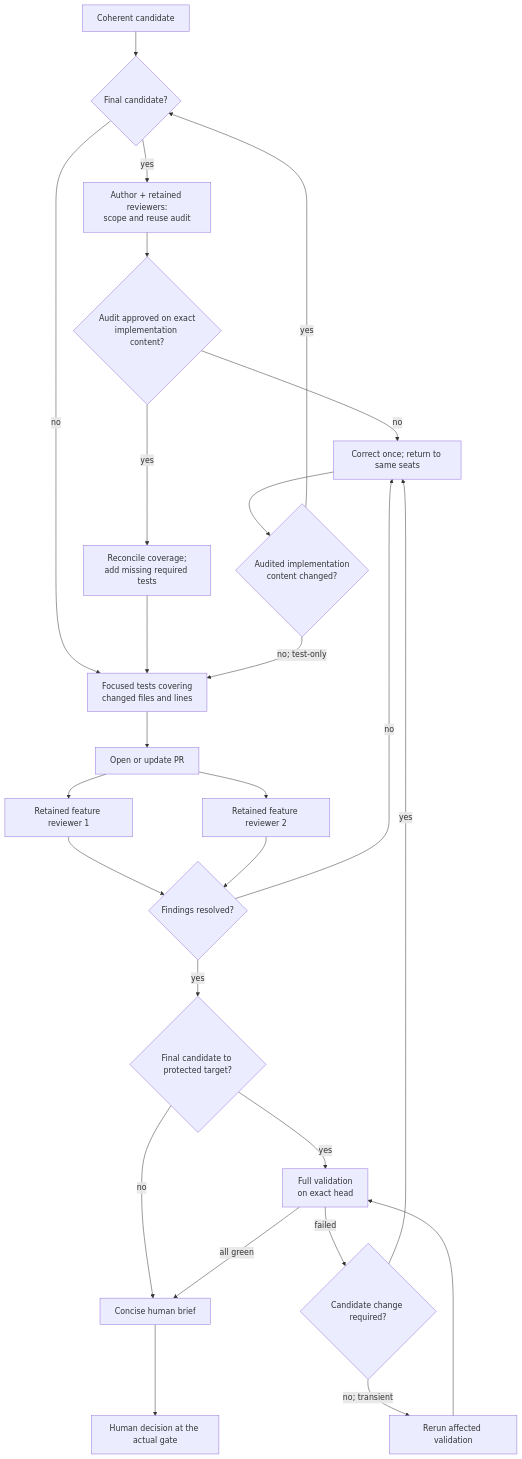
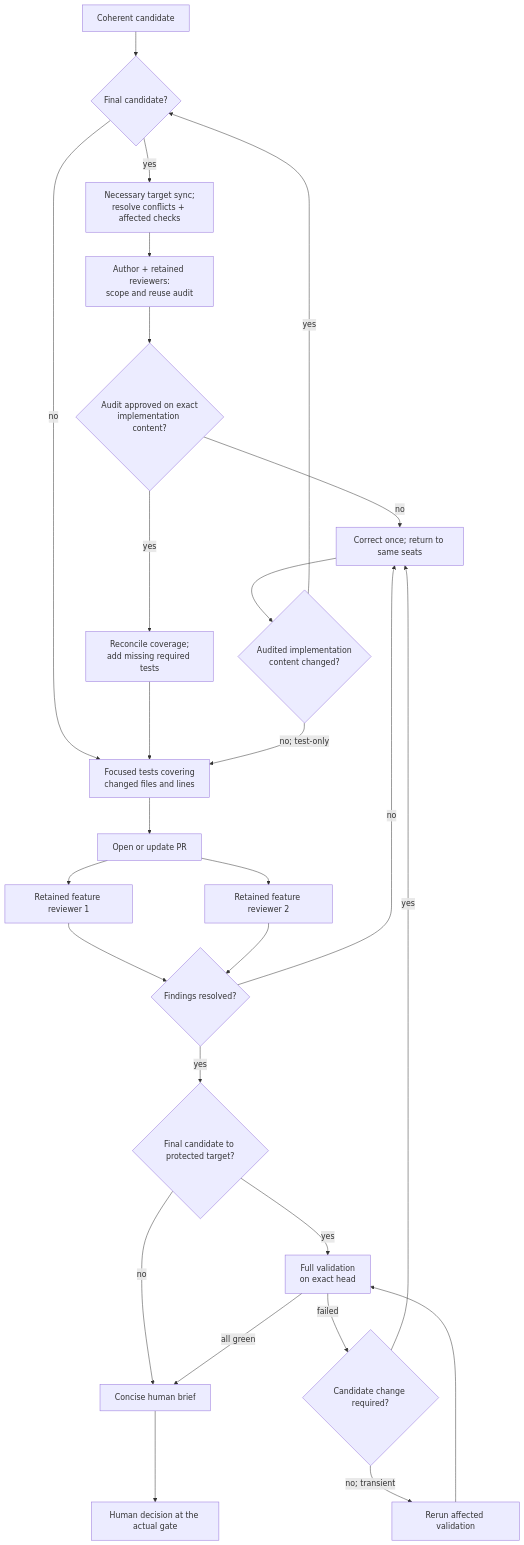
Diagram 11 of 14 in README.md (hhhhhusky777/spec-driven-delivery-playbook), drawn with Mermaid before and after one commit. The commit also changed other lines of this file and 6 other files, not shown here.

Commit message:
docs: clarify final-gate target sync timing

````diff
--- a/README.md
+++ b/README.md
@@ -505,28 +505,29 @@
 ```mermaid
 flowchart TD
     C["Coherent candidate"] --> E{"Final candidate?"}
-    E -->|"yes"| S["Author + retained reviewers:<br/>scope and reuse audit"]
+    E -->|"yes"| Y["Necessary target sync;<br/>resolve conflicts + affected checks"]
+    Y --> S["Author + retained reviewers:<br/>scope and reuse audit"]
     S --> U{"Audit approved on exact<br/>implementation content?"}
     U -->|"no"| X
     U -->|"yes"| A["Reconcile coverage;<br/>add missing required tests"]
     E -->|"no"| F["Focused tests covering<br/>changed files and lines"]
     A --> F
     F --> P["Open or update PR"]
     P --> R1["Retained feature reviewer 1"]
     P --> R2["Retained feature reviewer 2"]
     R1 --> J{"Findings resolved?"}
     R2 --> J
     J -->|"no"| X["Correct once; return to same seats"]
     X --> I{"Audited implementation<br/>content changed?"}
     I -->|"yes"| E
     I -->|"no; test-only"| F
     J -->|"yes"| G{"Final candidate to protected target?"}
     G -->|"no"| B["Task PR human brief"]
     G -->|"yes"| V["Full validation<br/>on exact head"]
     V -->|"failed"| D{"Candidate change required?"}
     D -->|"yes"| X
     D -->|"no; transient"| Q["Rerun affected validation"]
     Q --> V
     V -->|"all green"| B["Concise human brief"]
     B --> H["Human decision at the actual gate"]
 ```
````
